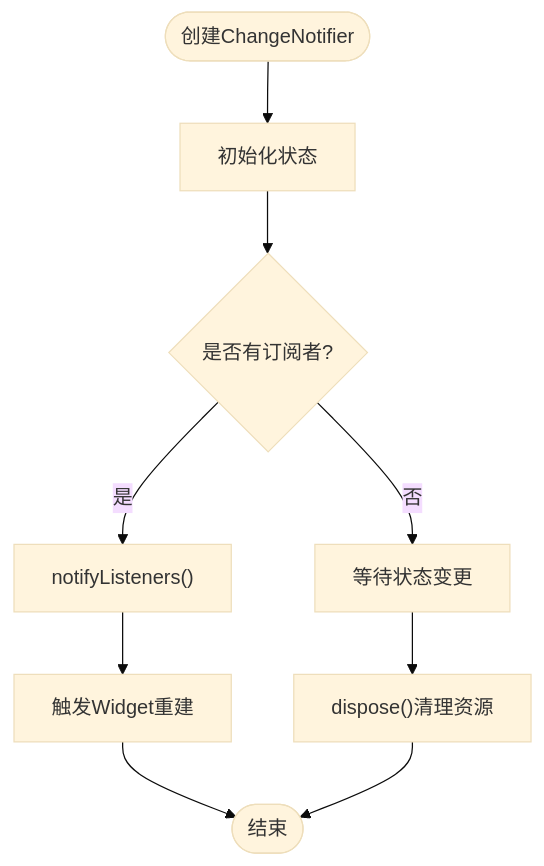
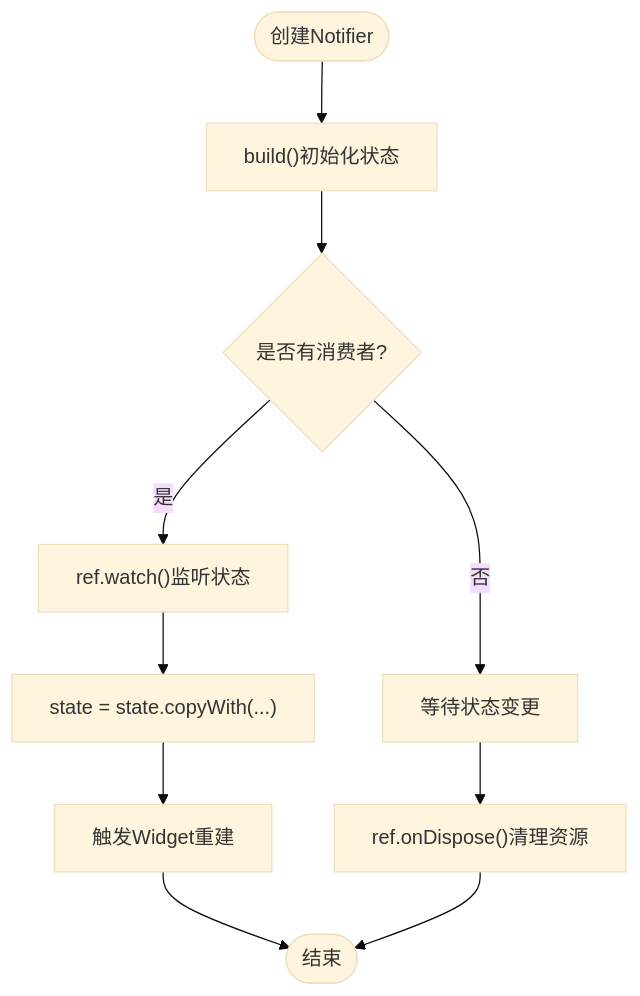
Before and after one commit to ZhangGHGitHub/LegadoTeamFlutter: the fourth of 8 diagrams in .qoder/repowiki/zh/content/Flutter跨平台应用/状态管理/Provider基础概念.md, drawn with Mermaid (base theme). The commit also changed other lines of this file and 173 other files, not shown here.

````diff
--- a/.qoder/repowiki/zh/content/Flutter跨平台应用/状态管理/Provider基础概念.md
+++ b/.qoder/repowiki/zh/content/Flutter跨平台应用/状态管理/Provider基础概念.md
@@ -107,11 +183,12 @@
 ```mermaid
 flowchart TD
-Start(["创建ChangeNotifier"]) --> Init["初始化状态"]
-Init --> Subscribe{"是否有订阅者?"}
-Subscribe --> |是| Notify["notifyListeners()"]
-Subscribe --> |否| Idle["等待状态变更"]
-Notify --> Rebuild["触发Widget重建"]
+Start(["创建Notifier"]) --> Build["build()初始化状态"]
+Build --> Watch{"是否有消费者?"}
+Watch --> |是| Listen["ref.watch()监听状态"]
+Watch --> |否| Idle["等待状态变更"]
+Listen --> Update["state = state.copyWith(...)"]
+Update --> Rebuild["触发Widget重建"]
 Rebuild --> End(["结束"])
-Idle --> Dispose["dispose()清理资源"]
+Idle --> Dispose["ref.onDispose()清理资源"]
 Dispose --> End
 ```
````
